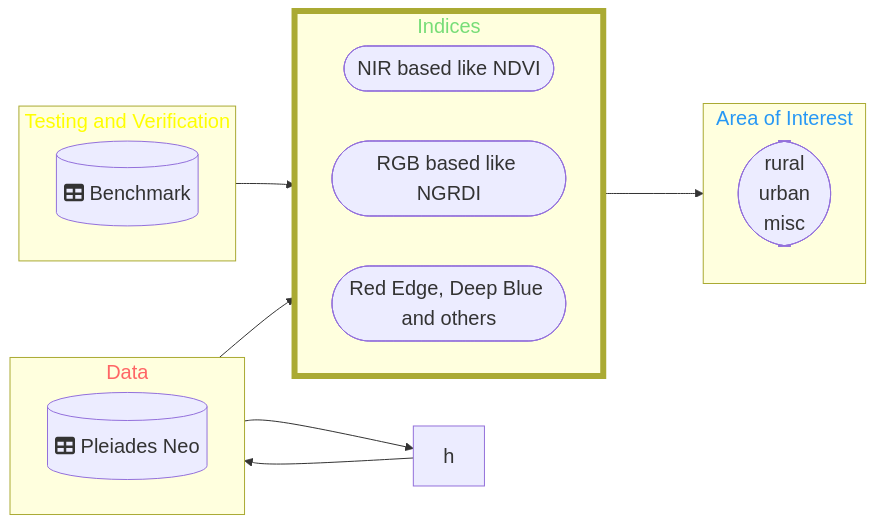
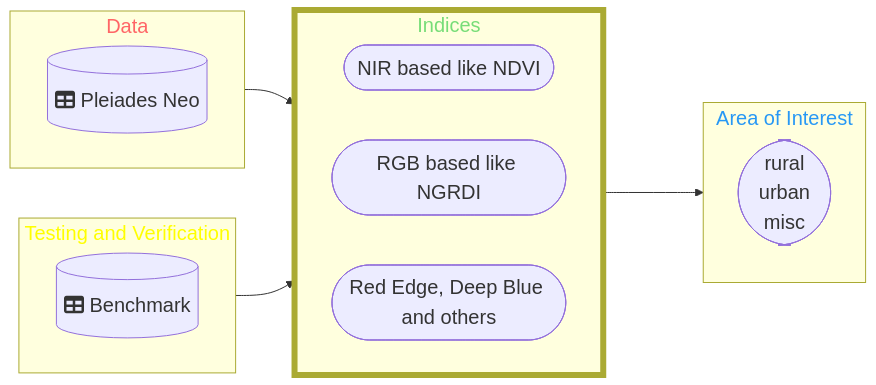
One commit to DippoldEJ/Feature-Detection-and-Explanation changed the diagram in Area-Features/README.md. Above: the diagram before and after it, drawn with Mermaid.

````diff
--- a/Area-Features/README.md
+++ b/Area-Features/README.md
@@ -16,44 +16,41 @@
 ```mermaid
 flowchart LR;
 %%{init: {
 	'themeVariables': { 'fontSize': '20px', 'fontFamily': 'Didot'}
 	}
 }%%
 
  subgraph n[Data]
         direction LR
         b[(fa:fa-table Pleiades Neo)]
     end
 
  subgraph q[Testing and Verification]
         direction LR
         r[(fa:fa-table Benchmark)]
     end
 
  subgraph o[Indices]
         direction LR
         j([NIR based like NDVI])
         c([RGB based like NGRDI])
         m([Red Edge, Deep Blue and others])
     end
 
 subgraph p[Area of Interest]
     a([rural <br /> urban  <br />  misc])
     end
 
 style n color:#f66
 style o stroke-width:6px
 style o color:#77DD77
 
 style p color:#2798F5
 style q color:#FFFF00
 
 n-->o
 o-->p
 q-->o
 
 
-h-->b
-b-->h
-
 ```
````
